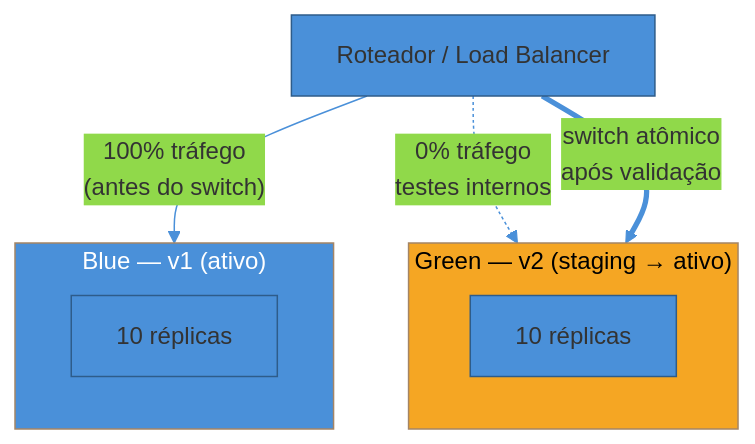
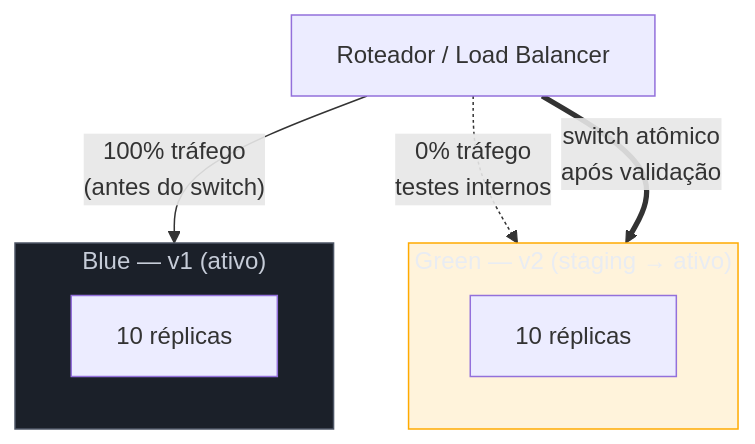
The second of 3 diagrams in 03-Dominios/Engenharia/Operação/2 - Entrega e release/02 - Deployment strategies.md (josenaldo/codex-technomanticus), drawn with Mermaid before and after one commit. The commit also changed other lines of this file and 1181 other files, not shown here.

First line of the commit message:
fix(diagramas): paleta do sistema no lugar de cor cravada no markdown

````diff
--- a/03-Dominios/Engenharia/Operação/2 - Entrega e release/02 - Deployment strategies.md
+++ b/03-Dominios/Engenharia/Operação/2 - Entrega e release/02 - Deployment strategies.md
@@ -97,17 +100,18 @@
 ```mermaid
-%%{init: {"theme": "base", "themeVariables": {"primaryColor": "#4A90D9", "primaryBorderColor": "#2E5C8A", "lineColor": "#4A90D9"}}}%%
 graph TD
+    classDef neutro fill:#1B2029,stroke:#4E5666,color:#C6CCD8
+    classDef destaque fill:#FFAA0024,stroke:#FFAA00,color:#E9ECF2
     LB["Roteador / Load Balancer"]
     subgraph BLUE["Blue — v1 (ativo)"]
         B1["10 réplicas"]
     end
     subgraph GREEN["Green — v2 (staging → ativo)"]
         G1["10 réplicas"]
     end
     LB -->|"100% tráfego<br/>(antes do switch)"| BLUE
     LB -.->|"0% tráfego<br/>testes internos"| GREEN
     LB ==>|"switch atômico<br/>após validação"| GREEN
 
-    style BLUE fill:#4A90D9,color:#fff
-    style GREEN fill:#F5A623,color:#000
+    class BLUE neutro
+    class GREEN destaque
 ```
````
